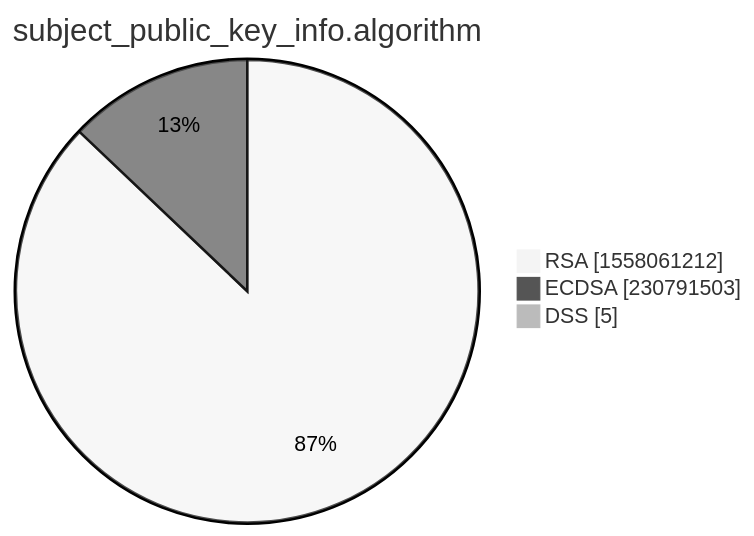
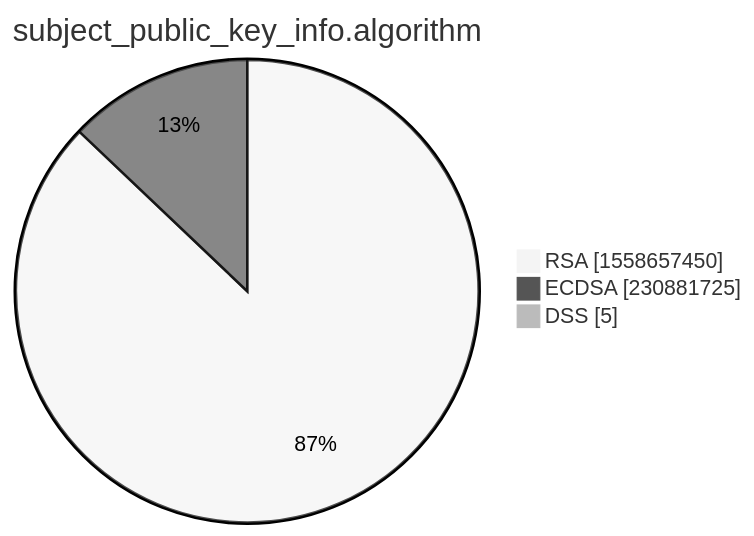
Before and after one commit to christiankrug/ctmonitor_visualization: the third of 15 diagrams in xenon2022/README.md, drawn with Mermaid (neutral theme). The commit also changed other lines of this file, not shown here.

````diff
--- a/xenon2022/README.md
+++ b/xenon2022/README.md
@@ -14,7 +14,7 @@
 ```mermaid
 pie showData
 title subject_public_key_info.algorithm
-"RSA" :1558061212
-"ECDSA" :230791503
+"RSA" :1558657450
+"ECDSA" :230881725
 "DSS" :5
 ```
````
